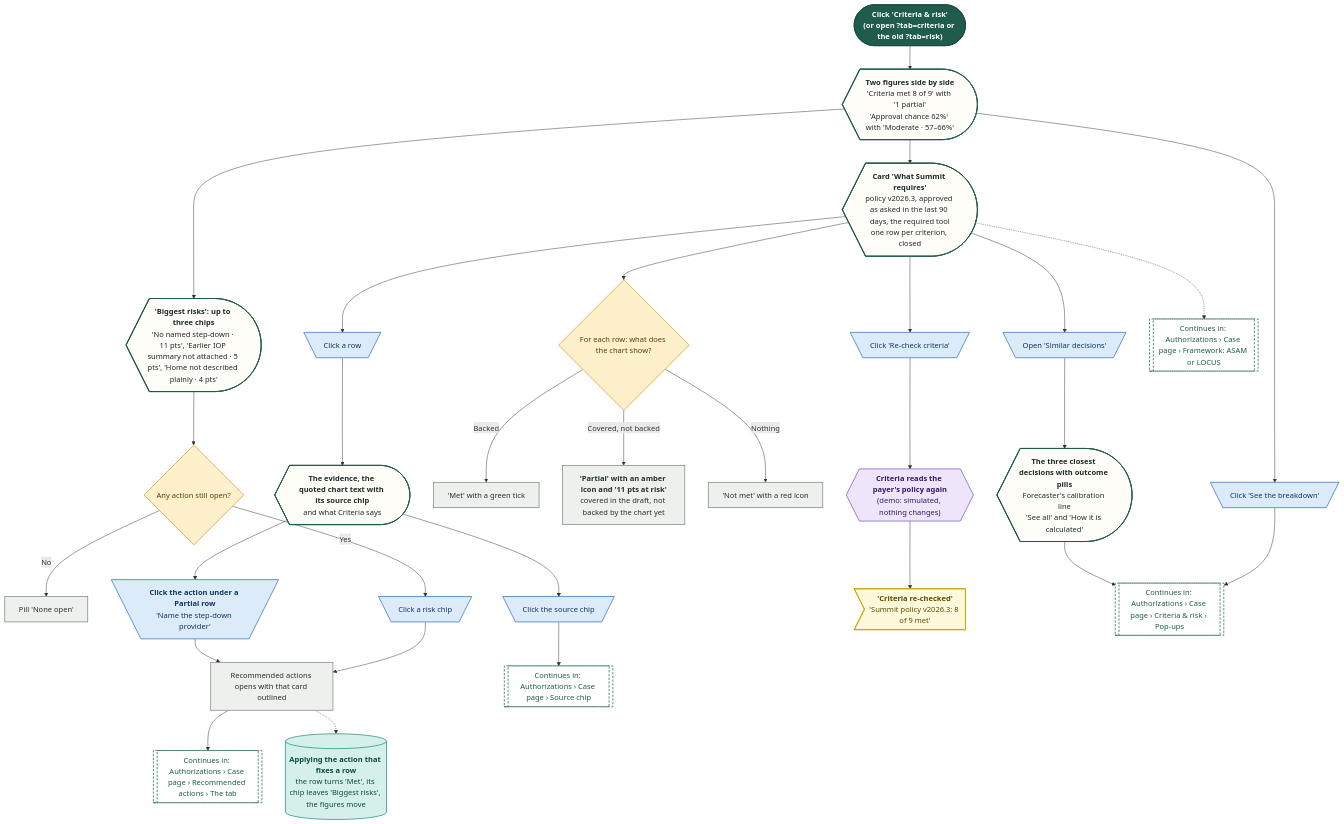
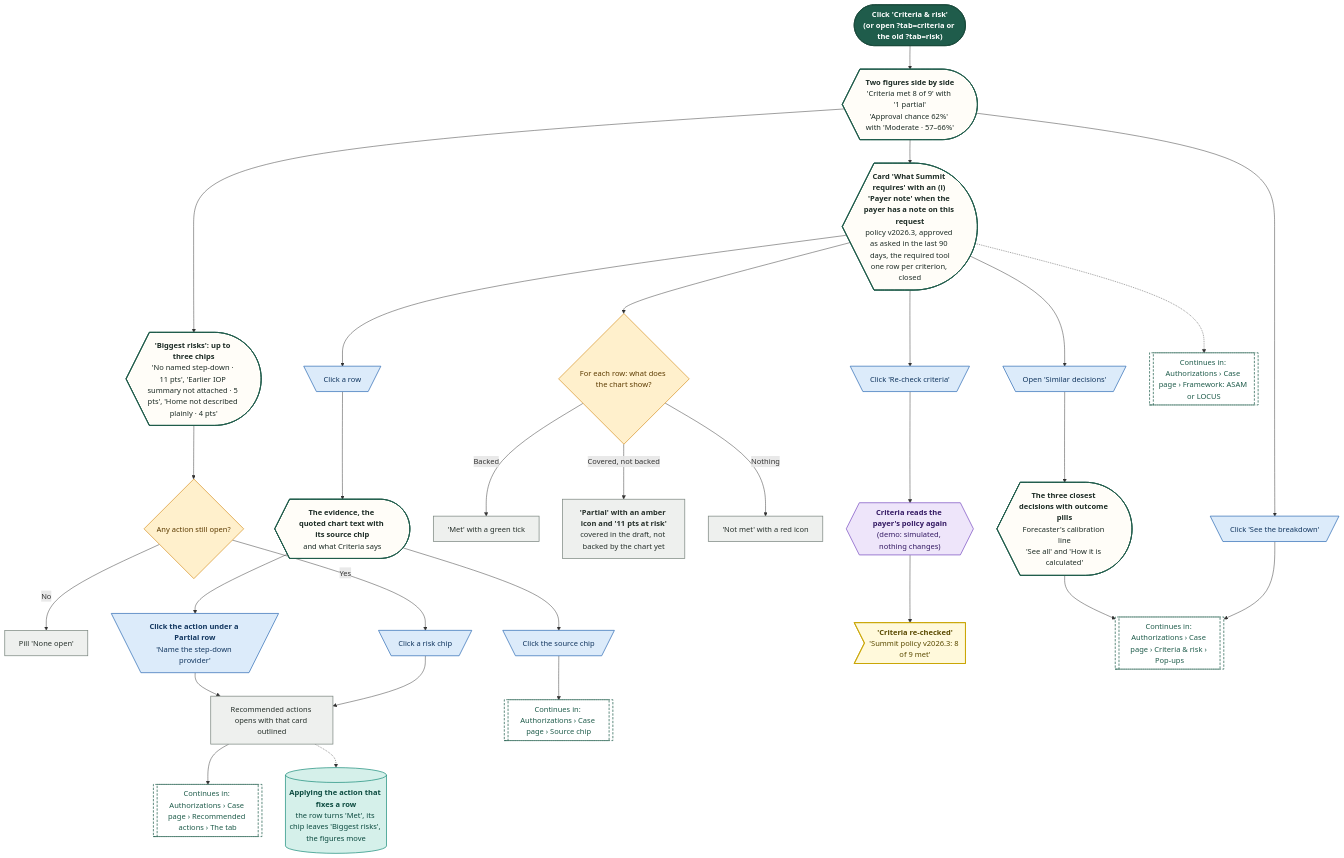
One commit to Shrav143/psyfloapp changed diagram 32 of 38 in demos/prior-auth-demo/workflows/out/md/03-authorizations.md. Above: the diagram before and after it, drawn with Mermaid. The commit also changed 8 other files, not shown here.

First line of the commit message:
fix: self-audit: New Case's no-authorization note says Authorizations; diagrams add the Payer note tip and the no-authorization note; report lists the EMR and Studio wording

````diff
--- a/demos/prior-auth-demo/workflows/out/md/03-authorizations.md
+++ b/demos/prior-auth-demo/workflows/out/md/03-authorizations.md
@@ -2542,71 +2542,71 @@
 ```mermaid
 %%{init: {"theme":"base","themeVariables":{"fontFamily":"'DM Sans', 'Segoe UI', system-ui, sans-serif","fontSize":"15px","lineColor":"#5B6B63","primaryTextColor":"#1C2B25","clusterBkg":"#FBF8F3","clusterBorder":"#D9CDBB","edgeLabelBackground":"#FFFFFF"},"flowchart":{"curve":"basis","nodeSpacing":36,"rankSpacing":48,"padding":12,"htmlLabels":true,"useMaxWidth":false,"wrappingWidth":230}} }%%
 flowchart TD
   classDef k_start fill:#1F5C4B,stroke:#174638,color:#FFFFFF,stroke-width:1.5px,font-weight:600
   classDef k_end fill:#DDEFE3,stroke:#2E7D4F,color:#14502F,stroke-width:1.5px,font-weight:600
   classDef k_endx fill:#FBE3E0,stroke:#C0392B,color:#7A1F16,stroke-width:1.5px,font-weight:600
   classDef k_screen fill:#FFFDF8,stroke:#1F5C4B,color:#1C2B25,stroke-width:2px
   classDef k_overlay fill:#F1F7F3,stroke:#1F5C4B,color:#1C2B25,stroke-width:2px,stroke-dasharray:5 3
   classDef k_click fill:#DCEBFA,stroke:#2F6DB5,color:#12365F,stroke-width:1.5px
   classDef k_input fill:#E4E7FF,stroke:#4C5FD5,color:#1D2670,stroke-width:1.5px
   classDef k_process fill:#EEF0EE,stroke:#7A857F,color:#26302B,stroke-width:1.5px
   classDef k_agent fill:#EEE5FA,stroke:#7A4FC2,color:#341A63,stroke-width:1.5px
   classDef k_decision fill:#FFF0CC,stroke:#D9962B,color:#5C3B00,stroke-width:1.5px
   classDef k_store fill:#D5F0EA,stroke:#1C8E7B,color:#0B4A3F,stroke-width:1.5px
   classDef k_doc fill:#F6E9DC,stroke:#B07A4C,color:#4A2E14,stroke-width:1.5px
   classDef k_ext fill:#FFE6D2,stroke:#E07B39,color:#6B2F06,stroke-width:1.5px
   classDef k_wait fill:#E4E8EE,stroke:#6B7C93,color:#26303D,stroke-width:1.5px
   classDef k_toast fill:#FFF9DB,stroke:#C9A400,color:#5A4A00,stroke-width:1.5px
   classDef k_goto fill:#FFFFFF,stroke:#1F5C4B,color:#1F5C4B,stroke-width:1.5px,stroke-dasharray:5 3
   s1@{ shape: stadium, label: "<b>Click 'Criteria & risk'</b><br/>(or open ?tab=criteria or the old ?tab=risk)" }
   top@{ shape: curv-trap, label: "<b>Two figures side by side</b><br/>'Criteria met 8 of 9' with '1 partial'<br/>'Approval chance 62%' with 'Moderate · 57–66%'" }
   br@{ shape: trap-t, label: "Click 'See the breakdown'" }
   rk@{ shape: curv-trap, label: "<b>'Biggest risks': up to three chips</b><br/>'No named step-down · 11 pts', 'Earlier IOP summary not attached · 5 pts', 'Home not described plainly · 4 pts'" }
   dRk@{ shape: diam, label: "Any action still open?" }
   nr@{ shape: rect, label: "Pill 'None open'" }
   chp@{ shape: trap-t, label: "Click a risk chip" }
-  tb@{ shape: curv-trap, label: "<b>Card 'What Summit requires'</b><br/>policy v2026.3, approved as asked in the last 90 days, the required tool<br/>one row per criterion, closed" }
+  tb@{ shape: curv-trap, label: "<b>Card 'What Summit requires' with an (i) 'Payer note' when the payer has a note on this request</b><br/>policy v2026.3, approved as asked in the last 90 days, the required tool<br/>one row per criterion, closed" }
   dS@{ shape: diam, label: "For each row: what does the chart show?" }
   met@{ shape: rect, label: "'Met' with a green tick" }
   par@{ shape: rect, label: "<b>'Partial' with an amber icon and '11 pts at risk'</b><br/>covered in the draft, not backed by the chart yet" }
   nm@{ shape: rect, label: "'Not met' with a red icon" }
   op@{ shape: trap-t, label: "Click a row" }
   ev@{ shape: curv-trap, label: "<b>The evidence, the quoted chart text with its source chip</b><br/>and what Criteria says" }
   ac@{ shape: trap-t, label: "<b>Click the action under a Partial row</b><br/>'Name the step-down provider'" }
   chs@{ shape: trap-t, label: "Click the source chip" }
   rc@{ shape: trap-t, label: "Click 'Re-check criteria'" }
   cr@{ shape: hex, label: "<b>Criteria reads the payer's policy again</b><br/>(demo: simulated, nothing changes)" }
   tr@{ shape: odd, label: "<b>'Criteria re-checked'</b><br/>'Summit policy v2026.3: 8 of 9 met'" }
   sd@{ shape: trap-t, label: "Open 'Similar decisions'" }
   sdl@{ shape: curv-trap, label: "<b>The three closest decisions with outcome pills</b><br/>Forecaster's calibration line<br/>'See all' and 'How it is calculated'" }
   ap@{ shape: cyl, label: "<b>Applying the action that fixes a row</b><br/>the row turns 'Met', its chip leaves 'Biggest risks', the figures move" }
   dl@{ shape: rect, label: "Recommended actions opens with that card outlined" }
   g1@{ shape: subproc, label: "Continues in: Authorizations › Case page › Criteria & risk › Pop-ups" }
   g2@{ shape: subproc, label: "Continues in: Authorizations › Case page › Recommended actions › The tab" }
   g3@{ shape: subproc, label: "Continues in: Authorizations › Case page › Source chip" }
   g4@{ shape: subproc, label: "Continues in: Authorizations › Case page › Framework: ASAM or LOCUS" }
   s1 --> top --> br --> g1
   top --> rk --> dRk
   dRk -->|"Yes"| chp --> dl
   dRk -->|"No"| nr
   top --> tb --> dS
   dS -->|"Backed"| met
   dS -->|"Covered, not backed"| par
   dS -->|"Nothing"| nm
   tb --> op --> ev
   ev --> ac --> dl --> g2
   ev --> chs --> g3
   tb --> rc --> cr --> tr
   tb --> sd --> sdl --> g1
   tb -.-> g4
   dl -.-> ap
   class s1 k_start
   class top,rk,tb,ev,sdl k_screen
   class br,chp,op,ac,chs,rc,sd k_click
   class dRk,dS k_decision
   class nr,met,par,nm,dl k_process
   class cr k_agent
   class tr k_toast
   class ap k_store
   class g1,g2,g3,g4 k_goto
 ```
````
